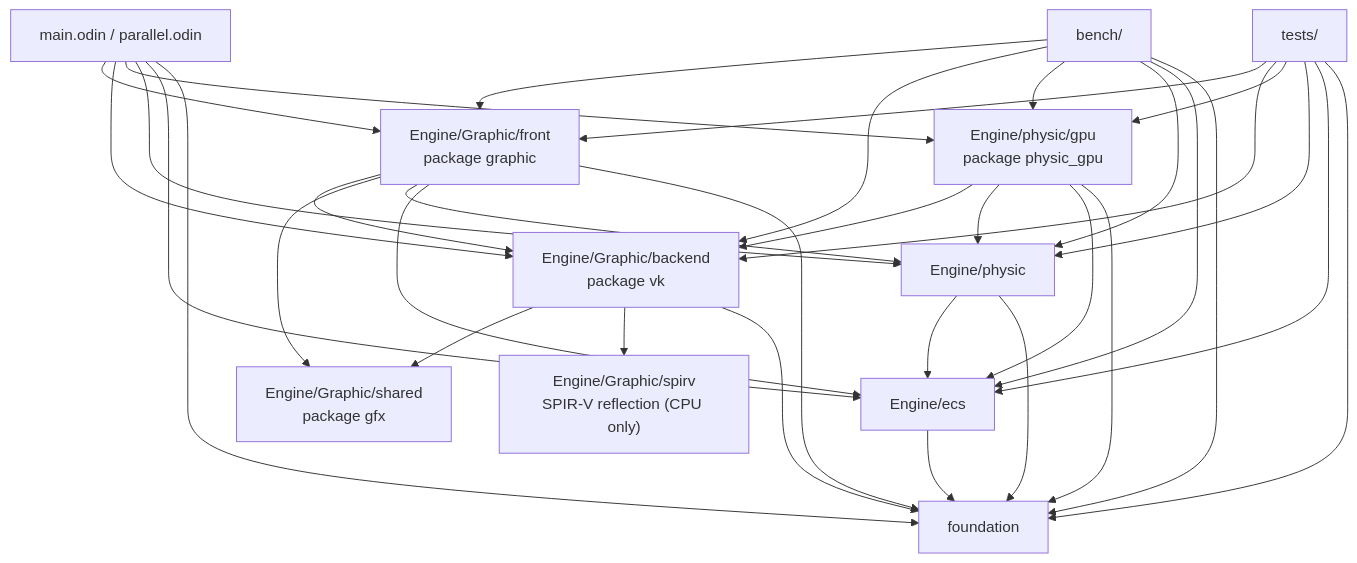
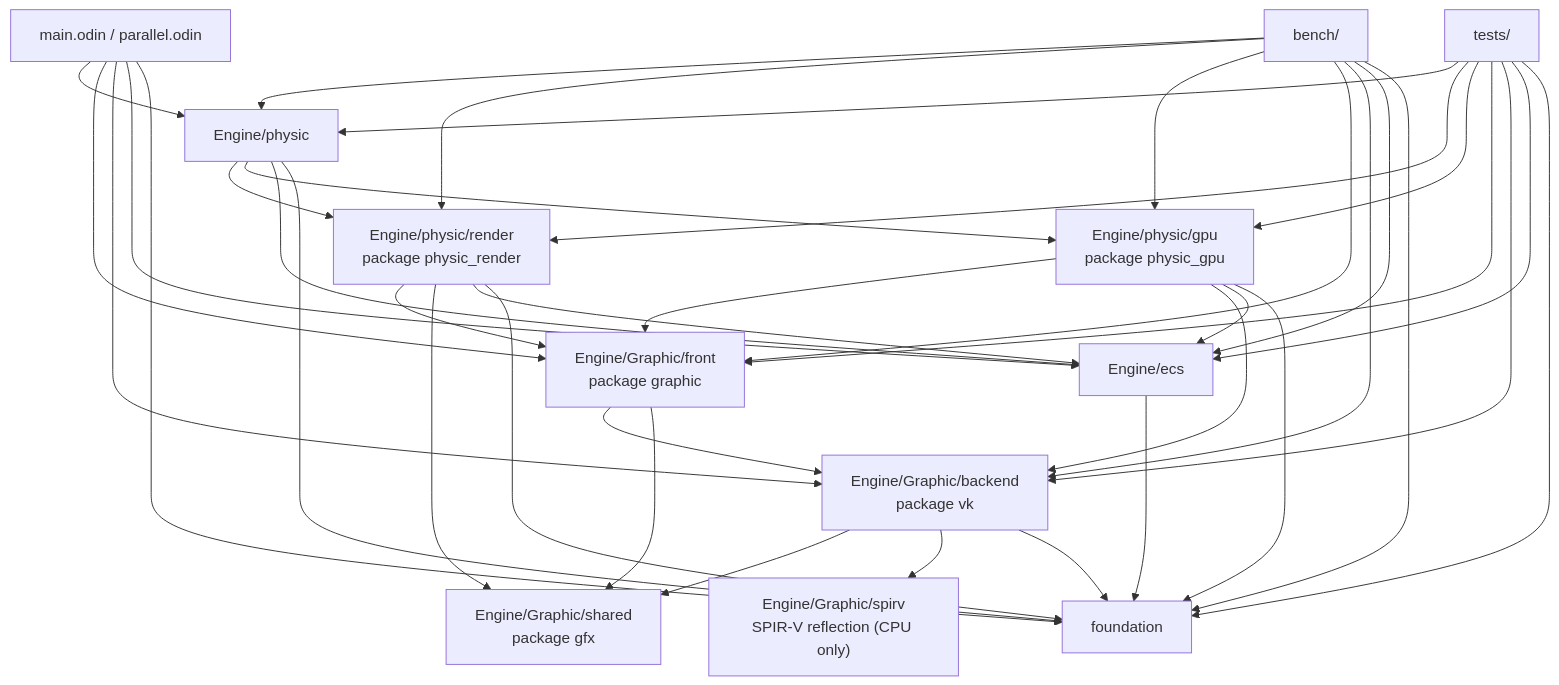
One commit to TanukiConDos/Gravity-Simulator changed the second of 7 diagrams in docs/architecture.md. Above: the diagram before and after it, drawn with Mermaid. The commit also changed other lines of this file and 5 other files, not shown here.

First line of the commit message:
docs: physics integrates with graphics (main -> physic -> front -> backend)

````diff
--- a/docs/architecture.md
+++ b/docs/architecture.md
@@ -38,49 +38,54 @@
 ```mermaid
 flowchart TD
     main["main.odin / parallel.odin"]
     bench["bench/"]
     tests["tests/"]
     front["Engine/Graphic/front<br/>package graphic"]
     backend["Engine/Graphic/backend<br/>package vk"]
     shared["Engine/Graphic/shared<br/>package gfx"]
+    render["Engine/physic/render<br/>package physic_render"]
     pgpu["Engine/physic/gpu<br/>package physic_gpu"]
     spirv["Engine/Graphic/spirv<br/>SPIR-V reflection (CPU only)"]
     physic["Engine/physic"]
     ecs["Engine/ecs"]
     foundation["foundation"]
 
+    main --> physic
     main --> front
     main --> backend
-    main --> pgpu
-    main --> physic
     main --> ecs
     main --> foundation
+    bench --> physic
+    bench --> render
+    bench --> pgpu
     bench --> front
     bench --> backend
-    bench --> pgpu
-    bench --> physic
     bench --> ecs
     bench --> foundation
+    tests --> physic
+    tests --> render
+    tests --> pgpu
     tests --> front
     tests --> backend
-    tests --> pgpu
-    tests --> physic
     tests --> ecs
     tests --> foundation
 
+    physic --> render
+    physic --> pgpu
+    render --> front
+    pgpu --> front
+    pgpu --> backend
     front --> backend
     front --> shared
-    pgpu --> backend
     backend --> shared
     backend --> spirv
     backend --> foundation
-    front --> physic
-    front --> ecs
-    front --> foundation
-    pgpu --> physic
+    render --> shared
+    render --> ecs
+    render --> foundation
     pgpu --> ecs
     pgpu --> foundation
     physic --> ecs
     physic --> foundation
     ecs --> foundation
 ```
````
